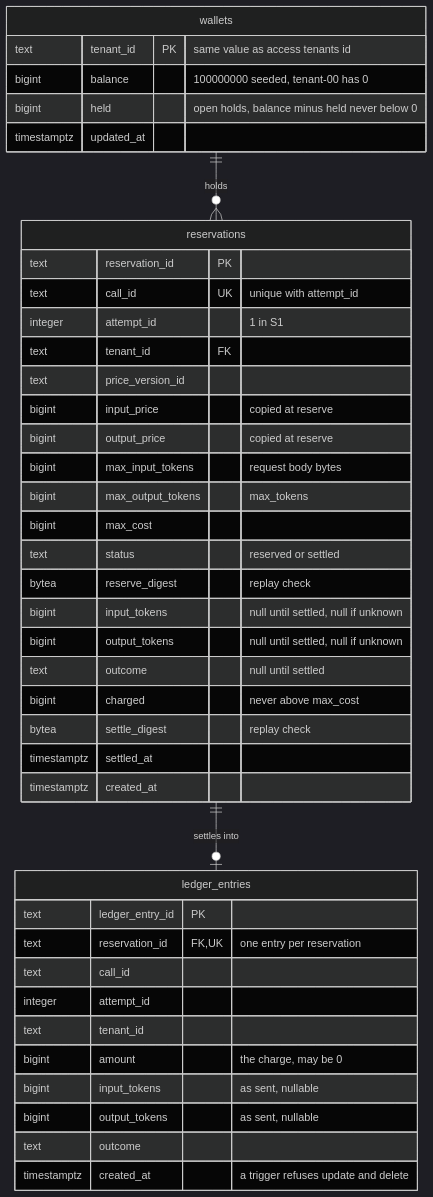
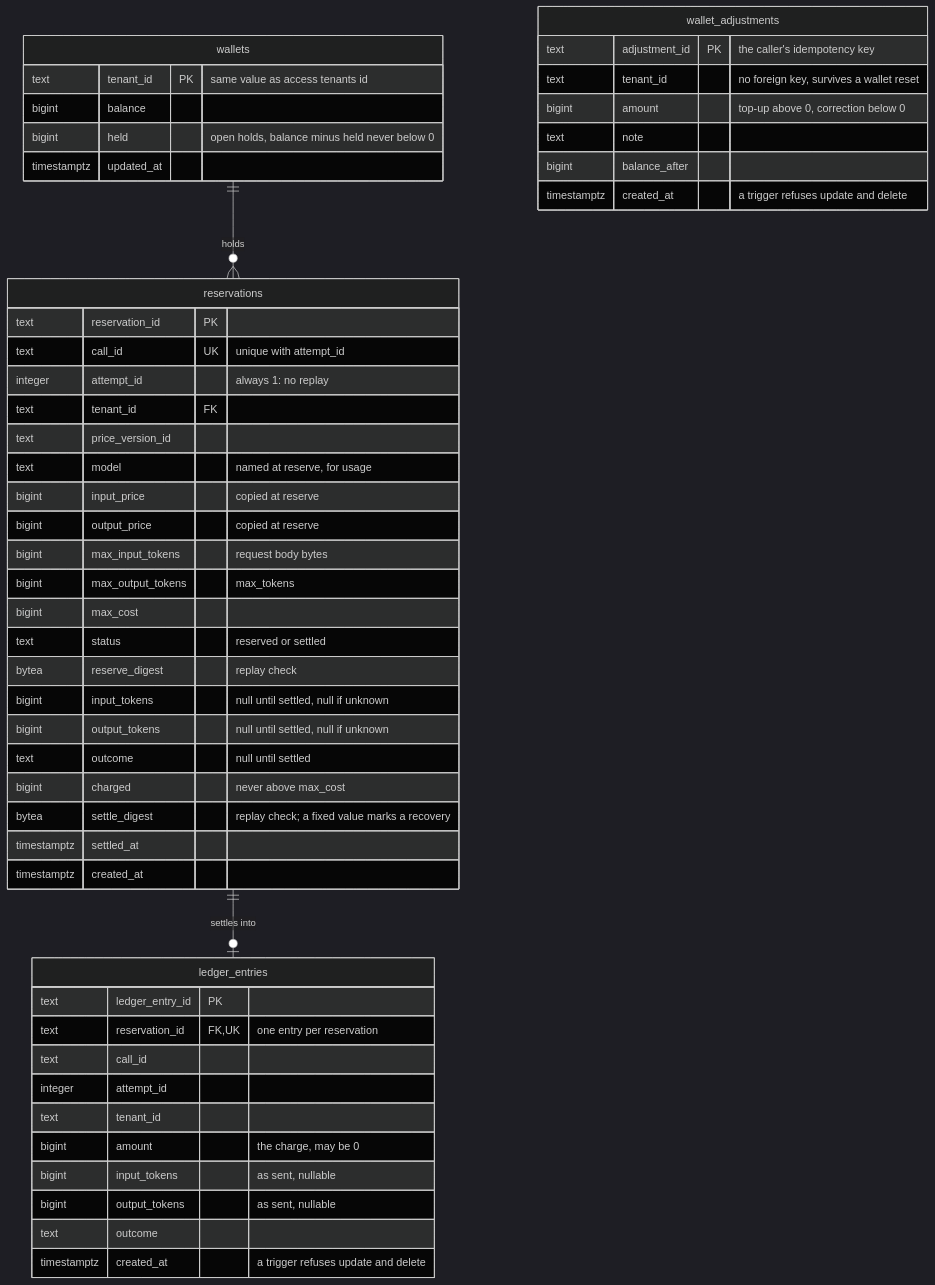
Before and after one commit to bibi45c/gateflow: the seventh of 14 diagrams in docs/diagrams/as-built.md, drawn with Mermaid (dark theme). The commit also changed other lines of this file, not shown here.

````diff
--- a/docs/diagrams/as-built.md
+++ b/docs/diagrams/as-built.md
@@ -486,44 +611,53 @@
 ```mermaid
 erDiagram
   wallets ||--o{ reservations : "holds"
   reservations ||--o| ledger_entries : "settles into"
   wallets {
     text tenant_id PK "same value as access tenants id"
-    bigint balance "100000000 seeded, tenant-00 has 0"
+    bigint balance
     bigint held "open holds, balance minus held never below 0"
     timestamptz updated_at
   }
   reservations {
     text reservation_id PK
     text call_id UK "unique with attempt_id"
-    integer attempt_id "1 in S1"
+    integer attempt_id "always 1: no replay"
     text tenant_id FK
     text price_version_id
+    text model "named at reserve, for usage"
     bigint input_price "copied at reserve"
     bigint output_price "copied at reserve"
     bigint max_input_tokens "request body bytes"
     bigint max_output_tokens "max_tokens"
     bigint max_cost
     text status "reserved or settled"
     bytea reserve_digest "replay check"
     bigint input_tokens "null until settled, null if unknown"
     bigint output_tokens "null until settled, null if unknown"
     text outcome "null until settled"
     bigint charged "never above max_cost"
-    bytea settle_digest "replay check"
+    bytea settle_digest "replay check; a fixed value marks a recovery"
     timestamptz settled_at
     timestamptz created_at
   }
   ledger_entries {
     text ledger_entry_id PK
     text reservation_id FK, UK "one entry per reservation"
     text call_id
     integer attempt_id
     text tenant_id
     bigint amount "the charge, may be 0"
     bigint input_tokens "as sent, nullable"
     bigint output_tokens "as sent, nullable"
     text outcome
     timestamptz created_at "a trigger refuses update and delete"
   }
+  wallet_adjustments {
+    text adjustment_id PK "the caller's idempotency key"
+    text tenant_id "no foreign key, survives a wallet reset"
+    bigint amount "top-up above 0, correction below 0"
+    text note
+    bigint balance_after
+    timestamptz created_at "a trigger refuses update and delete"
+  }
 ```
````
